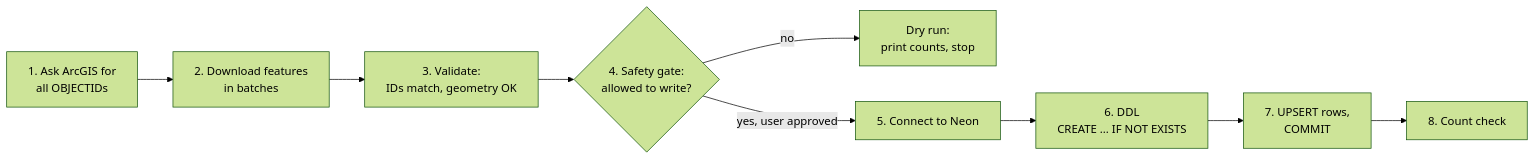
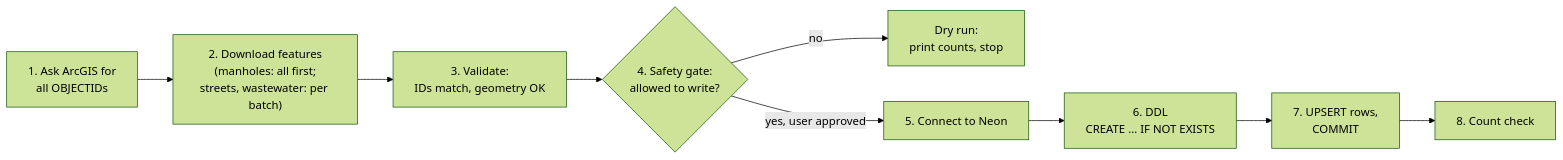
One commit to adrianfarhat/orlando-infrastructure-etl changed the first of 5 diagrams in docs/architecture/etl-workflow.md. Above: the diagram before and after it, drawn with Mermaid (forest theme). The commit also changed other lines of this file and 3 other files, not shown here.

````diff
--- a/docs/architecture/etl-workflow.md
+++ b/docs/architecture/etl-workflow.md
@@ -28,11 +27,11 @@
 ```mermaid
 flowchart LR
-  A["1. Ask ArcGIS for<br/>all OBJECTIDs"] --> B["2. Download features<br/>in batches"]
+  A["1. Ask ArcGIS for<br/>all OBJECTIDs"] --> B["2. Download features<br/>(manholes: all first;<br/>streets, wastewater: per batch)"]
   B --> C["3. Validate:<br/>IDs match, geometry OK"]
   C --> D{"4. Safety gate:<br/>allowed to write?"}
   D -->|"no"| E["Dry run:<br/>print counts, stop"]
   D -->|"yes, user approved"| F["5. Connect to Neon"]
   F --> G["6. DDL<br/>CREATE ... IF NOT EXISTS"]
   G --> H["7. UPSERT rows,<br/>COMMIT"]
   H --> I["8. Count check"]
 ```
````
